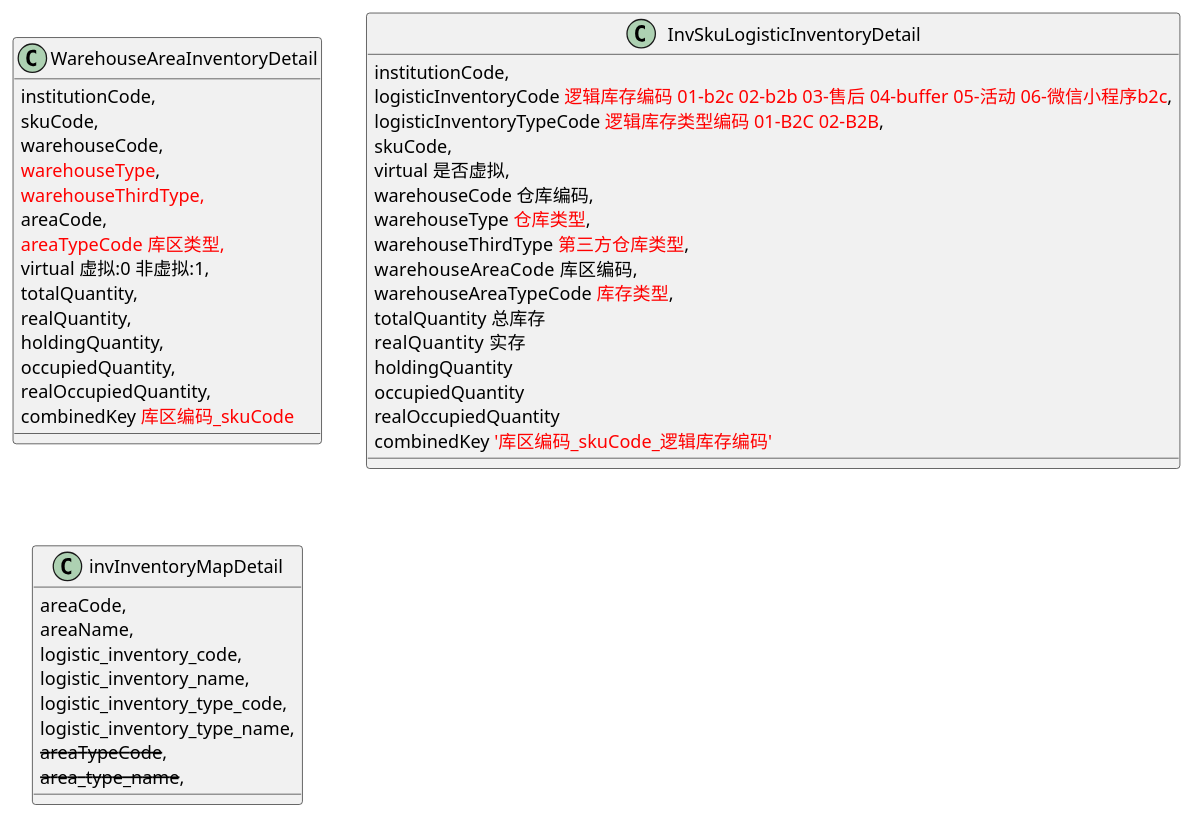
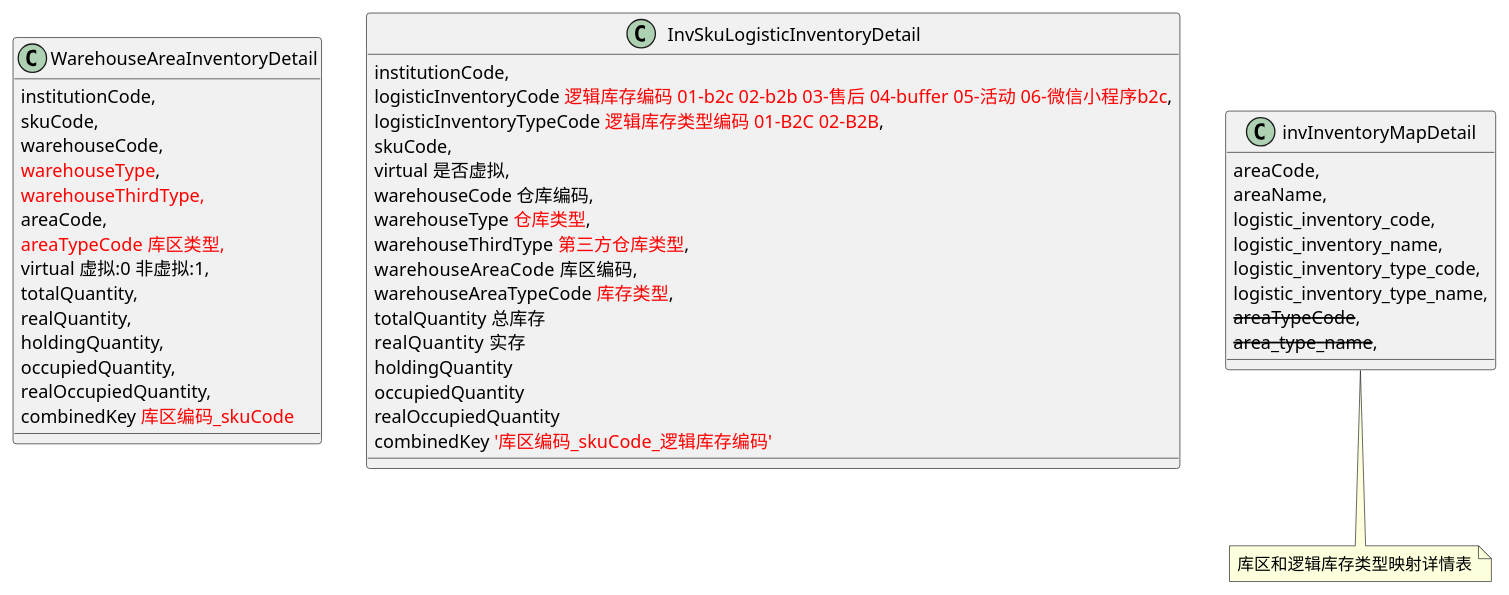
The diagram in uml/inventory/InventoryDetail.puml (newbigTech/myDesignPattern), drawn with PlantUML before and after one commit. The commit also changed 1 other file, not shown here.

```diff
--- a/uml/inventory/InventoryDetail.puml
+++ b/uml/inventory/InventoryDetail.puml
@@ -1,50 +1,54 @@
 @startuml
 class WarehouseAreaInventoryDetail {
     institutionCode,
     skuCode,
     warehouseCode,
     <font color=red>warehouseType</font>,
     <font color=red>warehouseThirdType<font color=red>,
     areaCode,
     <font color=red>areaTypeCode 库区类型,
     virtual 虚拟:0 非虚拟:1,
     totalQuantity,
     realQuantity,
     holdingQuantity,
     occupiedQuantity,
     realOccupiedQuantity,
     combinedKey <font color=red>库区编码_skuCode<font color=red>
 }
 
 class InvSkuLogisticInventoryDetail {
     institutionCode,
     logisticInventoryCode <font color=red>逻辑库存编码 01-b2c 02-b2b 03-售后 04-buffer 05-活动 06-微信小程序b2c</font>,
     logisticInventoryTypeCode <font color=red>逻辑库存类型编码 01-B2C 02-B2B</font>,
     skuCode,
     virtual 是否虚拟,
     warehouseCode 仓库编码,
     warehouseType <font color=red>仓库类型</font>,
     warehouseThirdType <font color=red>第三方仓库类型</font>,
     warehouseAreaCode  库区编码,
     warehouseAreaTypeCode <font color=red>库存类型</font>,
     totalQuantity 总库存
     realQuantity  实存
     holdingQuantity
     occupiedQuantity
     realOccupiedQuantity
     combinedKey <font color=red>'库区编码_skuCode_逻辑库存编码'</font>
 }
 
 
 class invInventoryMapDetail{
     areaCode,
     areaName,
     logistic_inventory_code,
     logistic_inventory_name,
     logistic_inventory_type_code,
     logistic_inventory_type_name,
     --areaTypeCode--,
     --area_type_name--,
 }
 
+note bottom of invInventoryMapDetail
+库区和逻辑库存类型映射详情表
+end note
+
 @enduml
```
